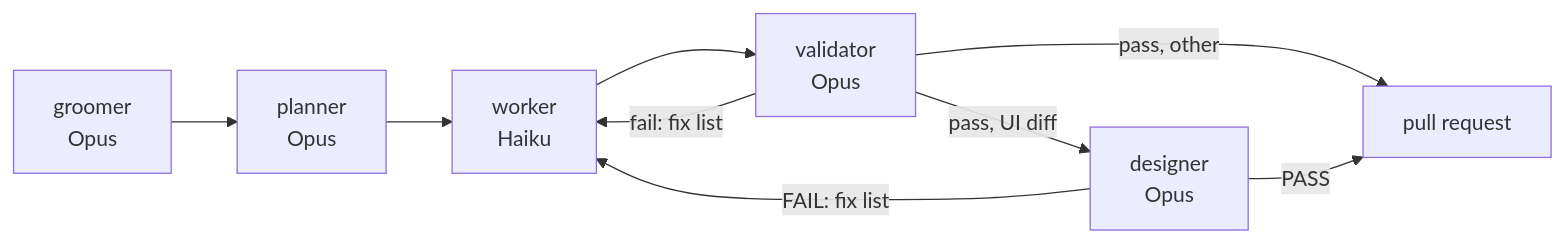
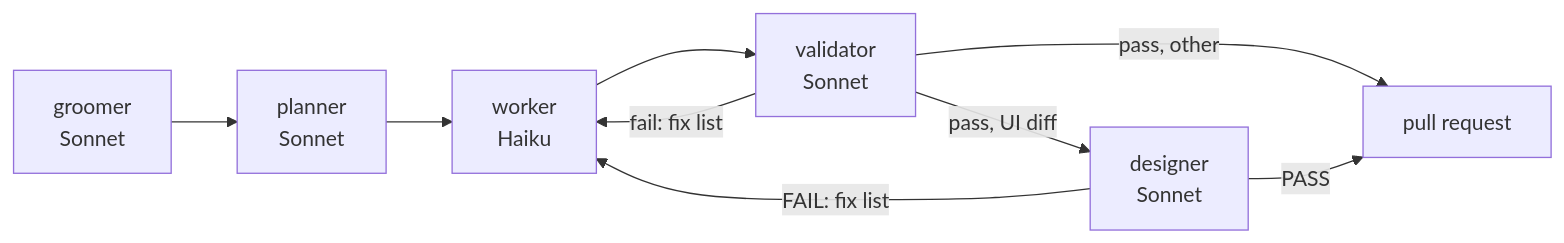
One commit to MaxBernstetter/investment-copilot changed the diagram in docs/development/03-agent-harness.md. Above: the diagram before and after it, drawn with Mermaid. The commit also changed other lines of this file and 6 other files, not shown here.

````diff
--- a/docs/development/03-agent-harness.md
+++ b/docs/development/03-agent-harness.md
@@ -19,9 +19,9 @@
 ```mermaid
 flowchart LR
-  G[groomer<br/>Opus] --> P[planner<br/>Opus] --> W[worker<br/>Haiku] --> V[validator<br/>Opus]
+  G[groomer<br/>Sonnet] --> P[planner<br/>Sonnet] --> W[worker<br/>Haiku] --> V[validator<br/>Sonnet]
   V -- fail: fix list --> W
-  V -- pass, UI diff --> D[designer<br/>Opus]
+  V -- pass, UI diff --> D[designer<br/>Sonnet]
   V -- pass, other --> PR[pull request]
   D -- FAIL: fix list --> W
   D -- PASS --> PR
 ```
````
